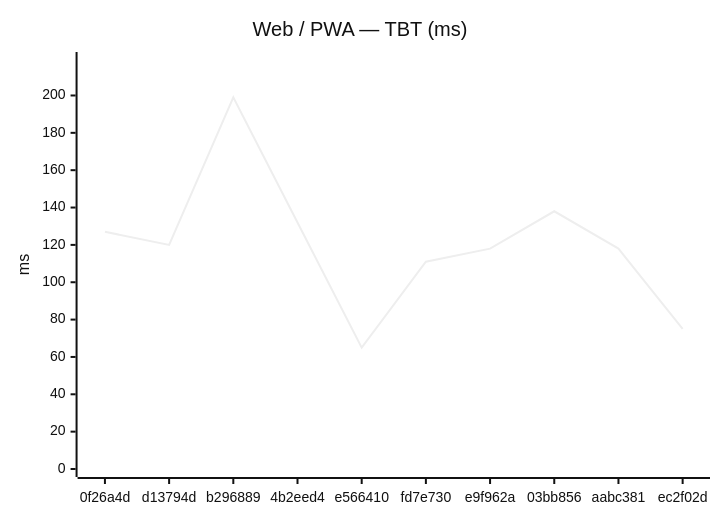
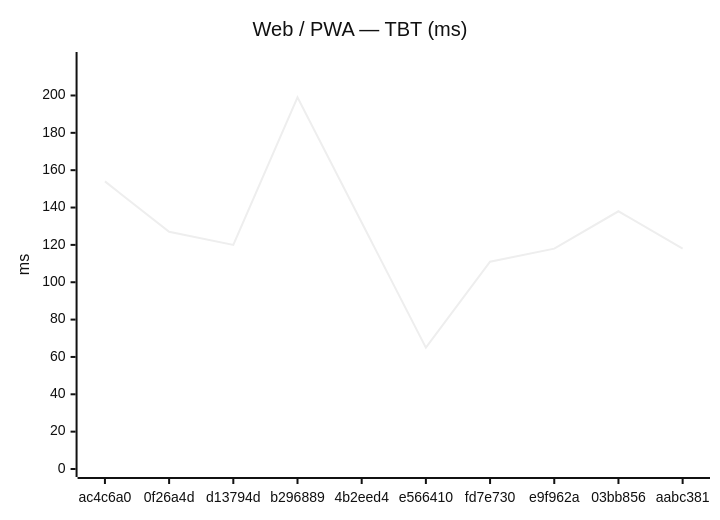
One commit to Metaheurist/Rianell changed the second of 18 diagrams in benchmarks/compare.md. Above: the diagram before and after it, drawn with Mermaid (neutral theme). The commit also changed other lines of this file and 11 other files, not shown here.

````diff
--- a/benchmarks/compare.md
+++ b/benchmarks/compare.md
@@ -31,7 +31,7 @@
 ```mermaid
 xychart-beta
     title "Web / PWA — TBT (ms)"
-    x-axis ["0f26a4d", "d13794d", "b296889", "4b2eed4", "e566410", "fd7e730", "e9f962a", "03bb856", "aabc381", "ec2f02d"]
+    x-axis ["ac4c6a0", "0f26a4d", "d13794d", "b296889", "4b2eed4", "e566410", "fd7e730", "e9f962a", "03bb856", "aabc381"]
     y-axis "ms" 0 --> 219
-    line [127, 120, 199, 132, 65, 111, 118, 138, 118, 75]
+    line [154, 127, 120, 199, 132, 65, 111, 118, 138, 118]
 ```
````
